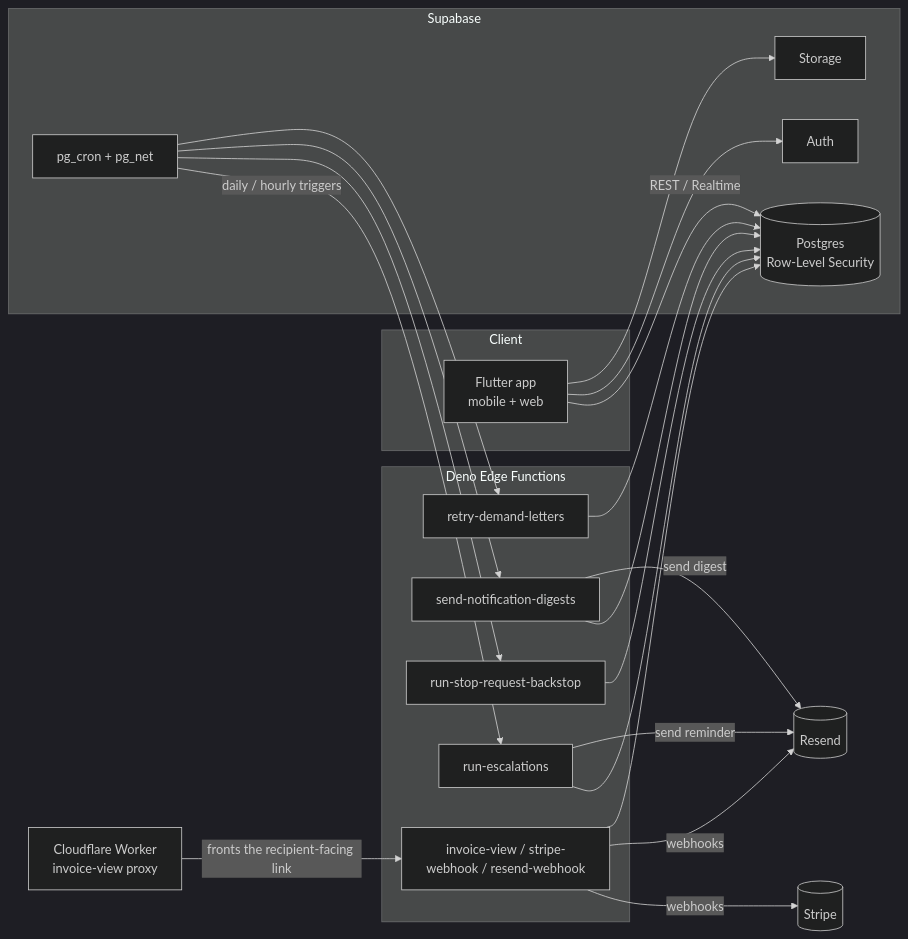
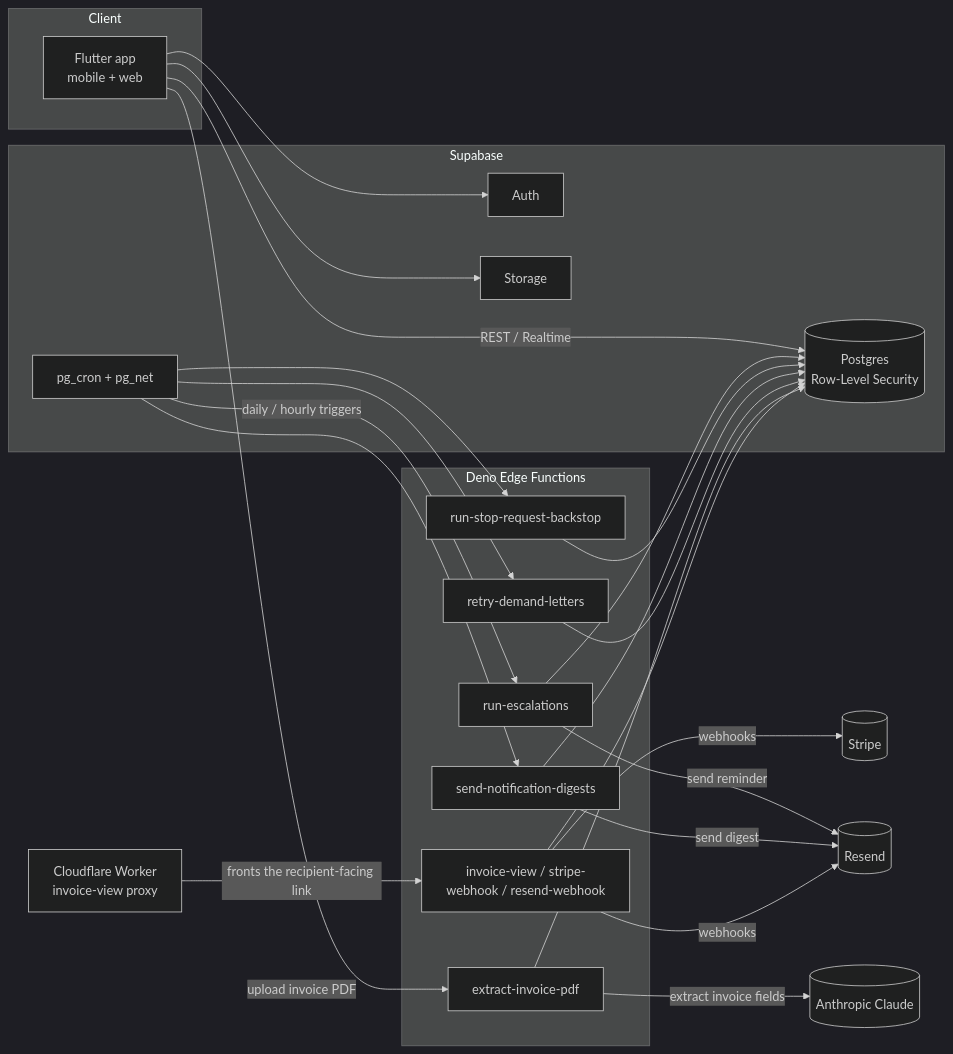
One commit to mj2296/late-payment-escalator-showcase changed the diagram in README.md. Above: the diagram before and after it, drawn with Mermaid (dark theme). The commit also changed other lines of this file and 4 other files, not shown here.

````diff
--- a/README.md
+++ b/README.md
@@ -13,43 +13,48 @@
 ```mermaid
 flowchart LR
     subgraph Client
         A[Flutter app<br/>mobile + web]
     end
 
     subgraph Supabase
         B[(Postgres<br/>Row-Level Security)]
         C[Auth]
         D[Storage]
         E[pg_cron + pg_net]
     end
 
     subgraph Edge["Deno Edge Functions"]
         F[run-escalations]
         G[run-stop-request-backstop]
         H[send-notification-digests]
         I[retry-demand-letters]
         J[invoice-view / stripe-webhook / resend-webhook]
+        N[extract-invoice-pdf]
     end
 
     K[(Stripe)]
     L[(Resend)]
     M[Cloudflare Worker<br/>invoice-view proxy]
+    O[(Anthropic Claude)]
 
     A -->|REST / Realtime| B
     A --> C
     A --> D
+    A -->|upload invoice PDF| N
     E -->|daily / hourly triggers| F
     E --> G
     E --> H
     E --> I
     F --> B
     G --> B
     H --> B
     I --> B
+    N --> B
     F -->|send reminder| L
     H -->|send digest| L
     J -->|webhooks| K
     J -->|webhooks| L
     M -->|fronts the recipient-facing link| J
     J --> B
+    N -->|extract invoice fields| O
 ```
````
